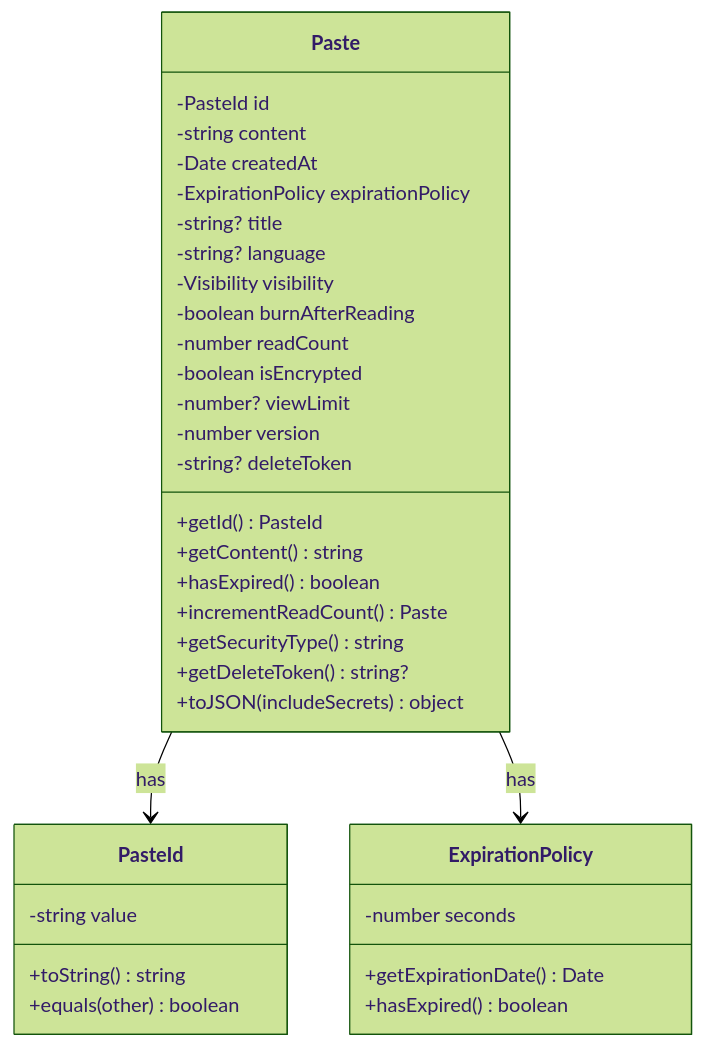
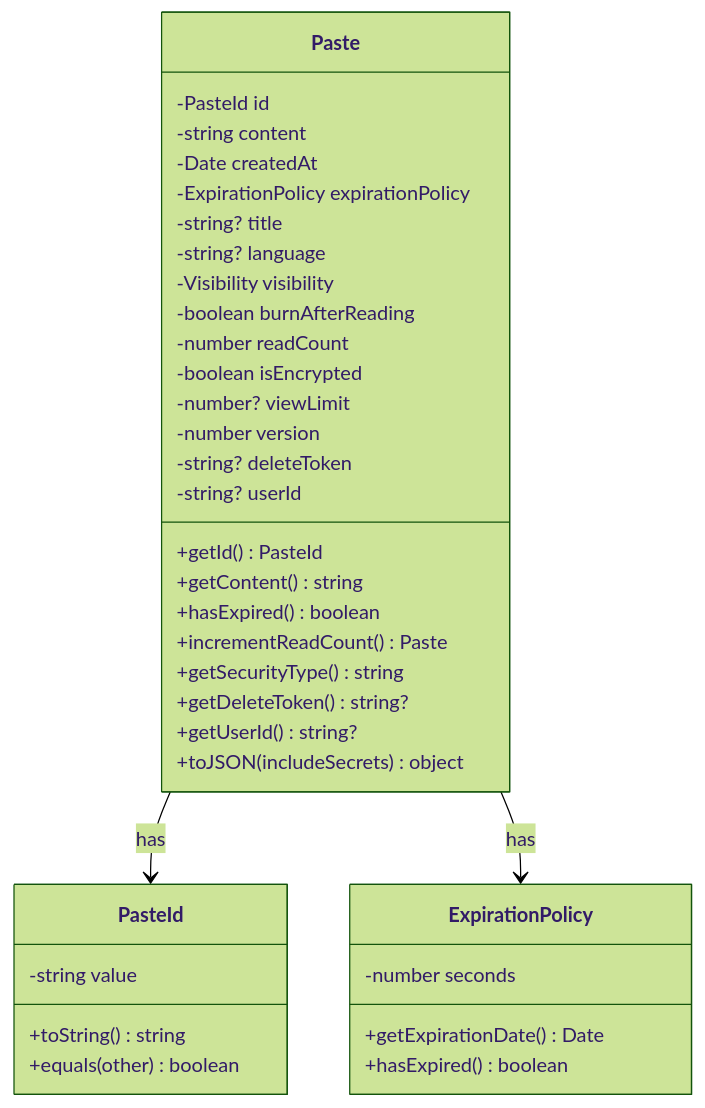
The fourth of 8 diagrams in README.md (erfianugrah/pastebin), drawn with Mermaid (forest theme) before and after one commit. The commit also changed other lines of this file and 3 other files, not shown here.

````diff
--- a/README.md
+++ b/README.md
@@ -195,40 +195,42 @@
 ```mermaid
 classDiagram
     class Paste {
         -PasteId id
         -string content
         -Date createdAt
         -ExpirationPolicy expirationPolicy
         -string? title
         -string? language
         -Visibility visibility
         -boolean burnAfterReading
         -number readCount
         -boolean isEncrypted
         -number? viewLimit
         -number version
         -string? deleteToken
+        -string? userId
         +getId() PasteId
         +getContent() string
         +hasExpired() boolean
         +incrementReadCount() Paste
         +getSecurityType() string
         +getDeleteToken() string?
+        +getUserId() string?
         +toJSON(includeSecrets) object
     }
     
     class PasteId {
         -string value
         +toString() string
         +equals(other) boolean
     }
     
     class ExpirationPolicy {
         -number seconds
         +getExpirationDate() Date
         +hasExpired() boolean
     }
     
     Paste --> PasteId : has
     Paste --> ExpirationPolicy : has
 ```
````
